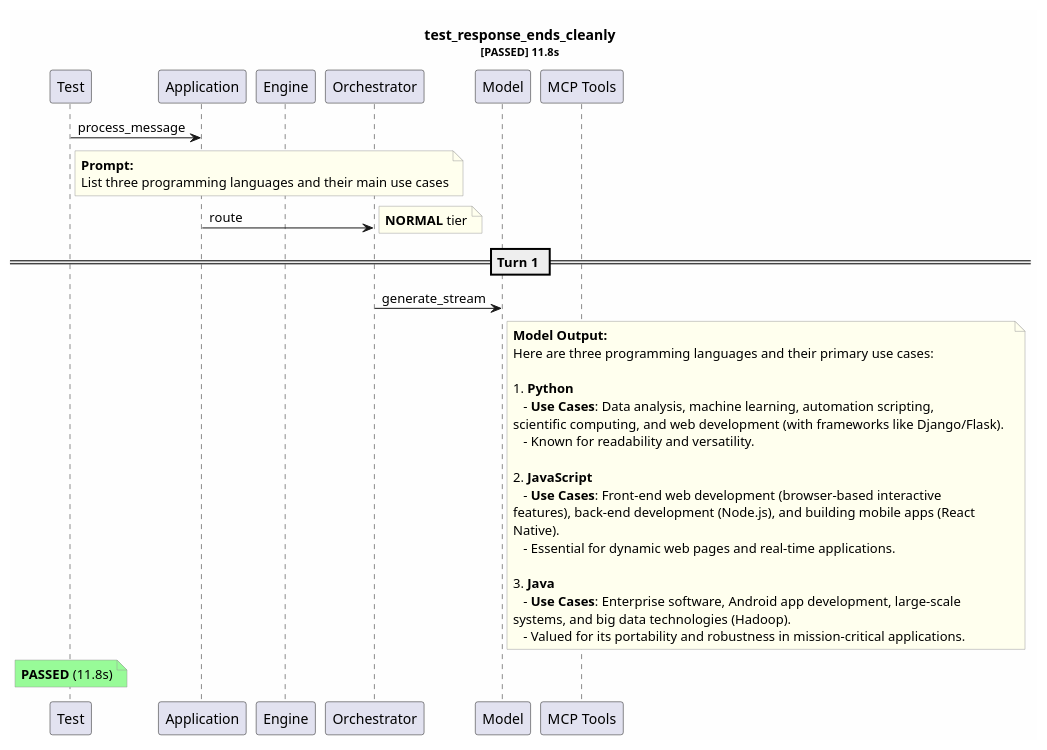
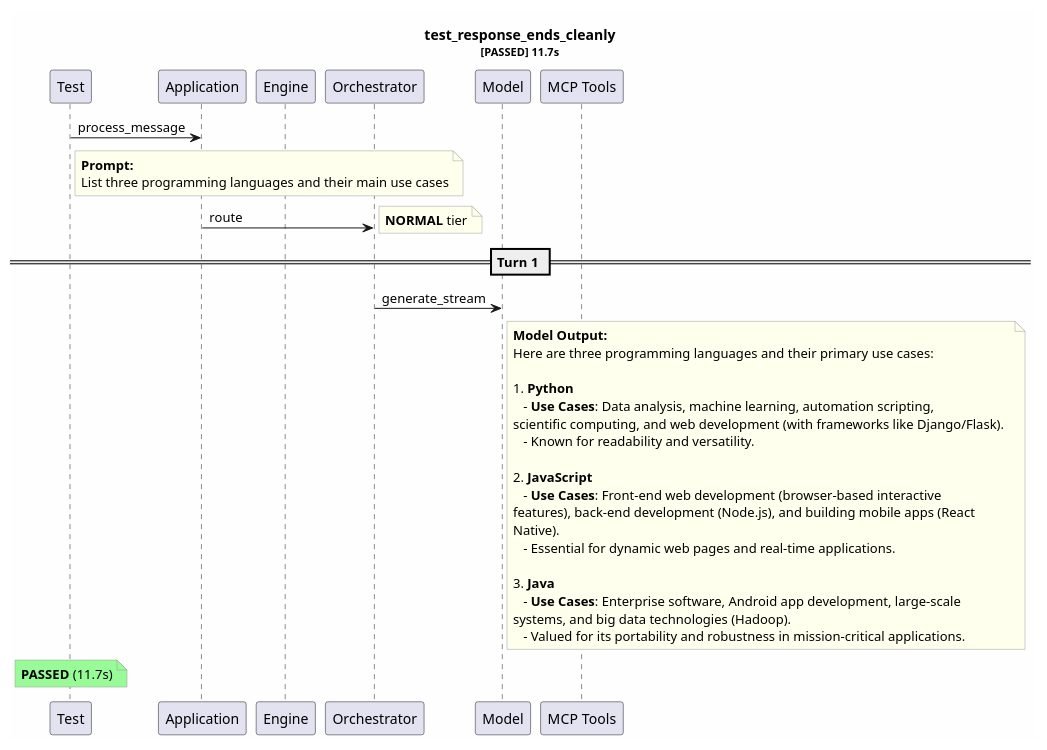
One commit to tvanfossen/entropic changed the diagram in test-reports/test_response_ends_cleanly.puml. Above: the diagram before and after it, drawn with PlantUML. The commit also changed 46 other files, not shown here.

```diff
--- a/test-reports/test_response_ends_cleanly.puml
+++ b/test-reports/test_response_ends_cleanly.puml
@@ -1,47 +1,47 @@
 @startuml
 skinparam backgroundColor #FEFEFE
 skinparam noteBorderColor #999999
 skinparam noteBackgroundColor #FFFFEE
-title test_response_ends_cleanly\n<size:11>[PASSED] 11.8s</size>
+title test_response_ends_cleanly\n<size:11>[PASSED] 11.7s</size>
 
 participant "Test" as T
 participant "Application" as App
 participant "Engine" as Eng
 participant "Orchestrator" as Orch
 participant "Model" as Mdl
 participant "MCP Tools" as MCP
 
 T -> App: process_message
 note right of T
   **Prompt:**
   List three programming languages and their main use cases
 end note
 App -> Orch: route
 note right: **NORMAL** tier
 == Turn 1 ==
 Orch -> Mdl: generate_stream
 note right of Mdl
   **Model Output:**
   Here are three programming languages and their primary use cases:
   
   1. **Python**  
      - **Use Cases**: Data analysis, machine learning, automation scripting, 
   scientific computing, and web development (with frameworks like Django/Flask).  
      - Known for readability and versatility.
   
   2. **JavaScript**  
      - **Use Cases**: Front-end web development (browser-based interactive 
   features), back-end development (Node.js), and building mobile apps (React 
   Native).  
      - Essential for dynamic web pages and real-time applications.
   
   3. **Java**  
      - **Use Cases**: Enterprise software, Android app development, large-scale 
   systems, and big data technologies (Hadoop).  
      - Valued for its portability and robustness in mission-critical applications.
 end note
 note over T #palegreen
-  **PASSED** (11.8s)
+  **PASSED** (11.7s)
 end note
 
 @enduml
```
